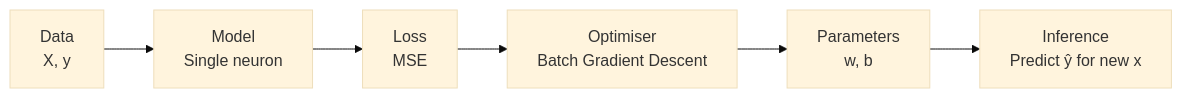
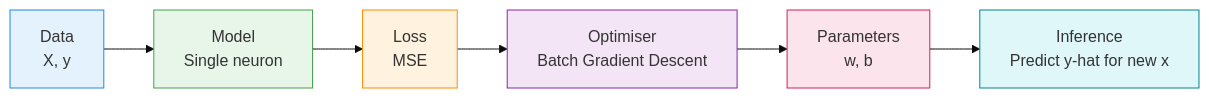
Before and after one commit to arshadhs/arshadhs.github.io: the first of 2 diagrams in content/docs/ai/deep-learning/linear-neural-networks-for-regression.md, drawn with Mermaid (base theme). The commit also changed other lines of this file, not shown here.

```diff
--- a/content/docs/ai/deep-learning/linear-neural-networks-for-regression.md
+++ b/content/docs/ai/deep-learning/linear-neural-networks-for-regression.md
@@ -41,8 +41,16 @@
 {{< mermaid >}}
 flowchart LR
-  D[Data<br/>X, y] --> M[Model<br/>Single neuron]
-  M --> L[Loss<br/>MSE]
-  L --> O[Optimiser<br/>Batch Gradient Descent]
-  O --> P[Parameters<br/>w, b]
-  P --> I[Inference<br/>Predict ŷ for new x]
+  D["Data<br/>X, y"] --> M["Model<br/>Single neuron"]
+  M --> L["Loss<br/>MSE"]
+  L --> O["Optimiser<br/>Batch Gradient Descent"]
+  O --> P["Parameters<br/>w, b"]
+  P --> I["Inference<br/>Predict y-hat for new x"]
+
+  %% Pastel colour scheme
+  style D fill:#E3F2FD,stroke:#1E88E5,stroke-width:1px
+  style M fill:#E8F5E9,stroke:#43A047,stroke-width:1px
+  style L fill:#FFF3E0,stroke:#FB8C00,stroke-width:1px
+  style O fill:#F3E5F5,stroke:#8E24AA,stroke-width:1px
+  style P fill:#FCE4EC,stroke:#D81B60,stroke-width:1px
+  style I fill:#E0F7FA,stroke:#00838F,stroke-width:1px
 {{< /mermaid >}}
```
